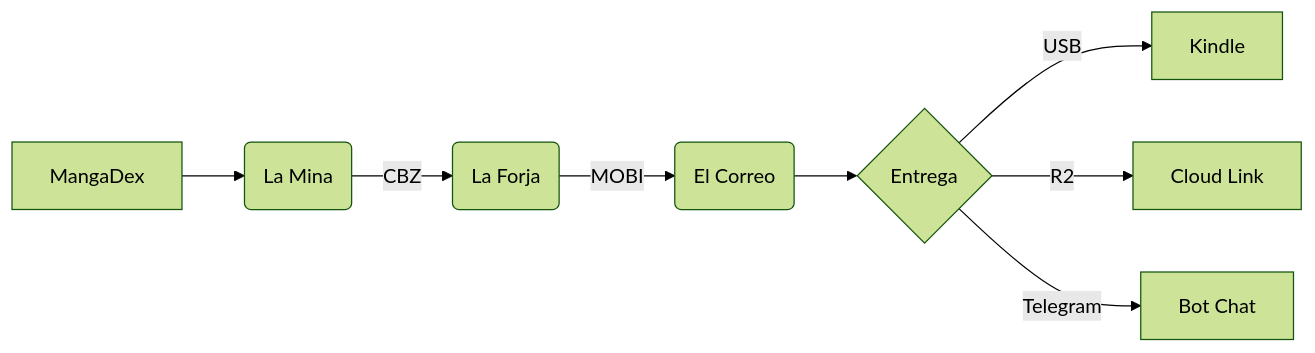
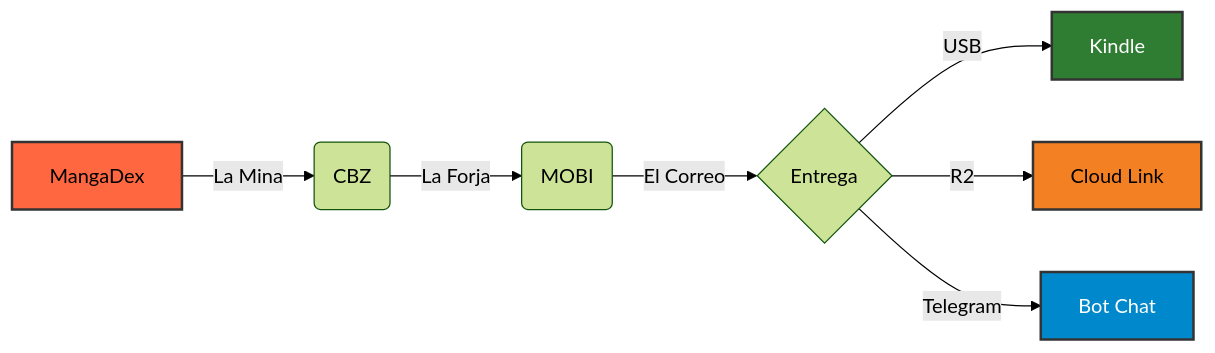
Before and after one commit to LogicalReality/md2kindle: the diagram in docs/UNDERSTANDING_MD2KINDLE.md, drawn with Mermaid (forest theme). The commit also changed other lines of this file and 3 other files, not shown here.

Commit message:
docs: add architecture and conceptual documentation for project pipeline and components

````diff
--- a/docs/UNDERSTANDING_MD2KINDLE.md
+++ b/docs/UNDERSTANDING_MD2KINDLE.md
@@ -9,10 +9,14 @@
 ```mermaid
 graph LR
-    A[MangaDex] --> B(La Mina)
-    B -->|CBZ| C(La Forja)
-    C -->|MOBI| D(El Correo)
-    D --> E{Entrega}
-    E -->|USB| F[Kindle]
-    E -->|R2| G[Cloud Link]
-    E -->|Telegram| H[Bot Chat]
+    A[MangaDex] -->|La Mina| B(CBZ)
+    B -->|La Forja| C(MOBI)
+    C -->|El Correo| D{Entrega}
+    D -->|USB| F[Kindle]
+    D -->|R2| G[Cloud Link]
+    D -->|Telegram| H[Bot Chat]
+    
+    style A fill:#ff6740,stroke:#333,stroke-width:2px
+    style F fill:#2e7d32,stroke:#333,stroke-width:2px,color:#fff
+    style G fill:#f48024,stroke:#333,stroke-width:2px
+    style H fill:#0088cc,stroke:#333,stroke-width:2px,color:#fff
 ```
````
